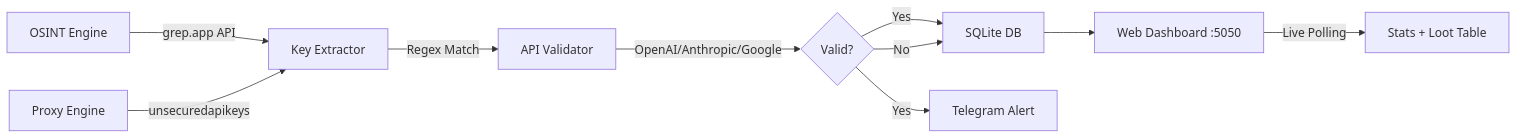
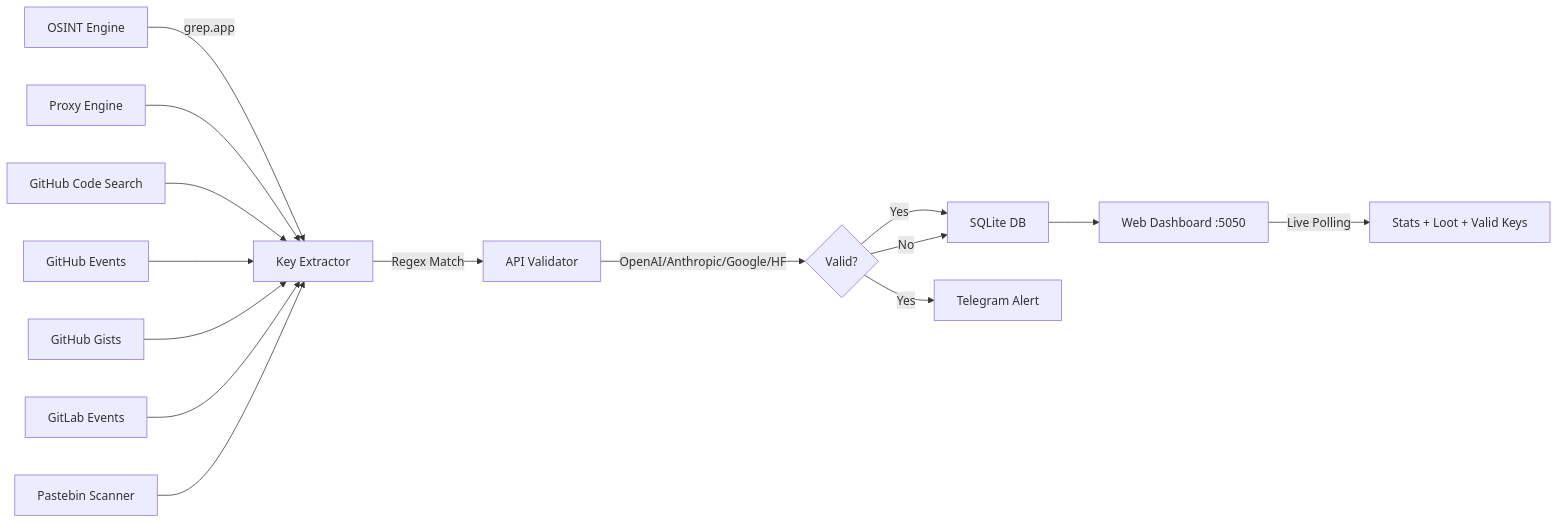
Before and after one commit to i-am-paradox/api-checker-v1: the diagram in README.md, drawn with Mermaid. The commit also changed other lines of this file, not shown here.

Commit message:
📝 Update README: 7 engines, sk-svcacct, new dashboard layout, GITHUB_TOKEN config

````diff
--- a/README.md
+++ b/README.md
@@ -183,12 +185,17 @@
 ```mermaid
 graph LR
-    A[OSINT Engine] -->|grep.app API| B[Key Extractor]
-    C[Proxy Engine] -->|unsecuredapikeys| B
-    B -->|Regex Match| D[API Validator]
-    D -->|OpenAI/Anthropic/Google| E{Valid?}
-    E -->|Yes| F[SQLite DB]
-    E -->|Yes| G[Telegram Alert]
-    E -->|No| F
-    F --> H[Web Dashboard :5050]
-    H -->|Live Polling| I[Stats + Loot Table]
+    A[OSINT Engine] -->|grep.app| B[Key Extractor]
+    C[Proxy Engine] --> B
+    D[GitHub Code Search] --> B
+    E[GitHub Events] --> B
+    F[GitHub Gists] --> B
+    G[GitLab Events] --> B
+    H[Pastebin Scanner] --> B
+    B -->|Regex Match| I[API Validator]
+    I -->|OpenAI/Anthropic/Google/HF| J{Valid?}
+    J -->|Yes| K[SQLite DB]
+    J -->|Yes| L[Telegram Alert]
+    J -->|No| K
+    K --> M[Web Dashboard :5050]
+    M -->|Live Polling| N[Stats + Loot + Valid Keys]
 ```
````
